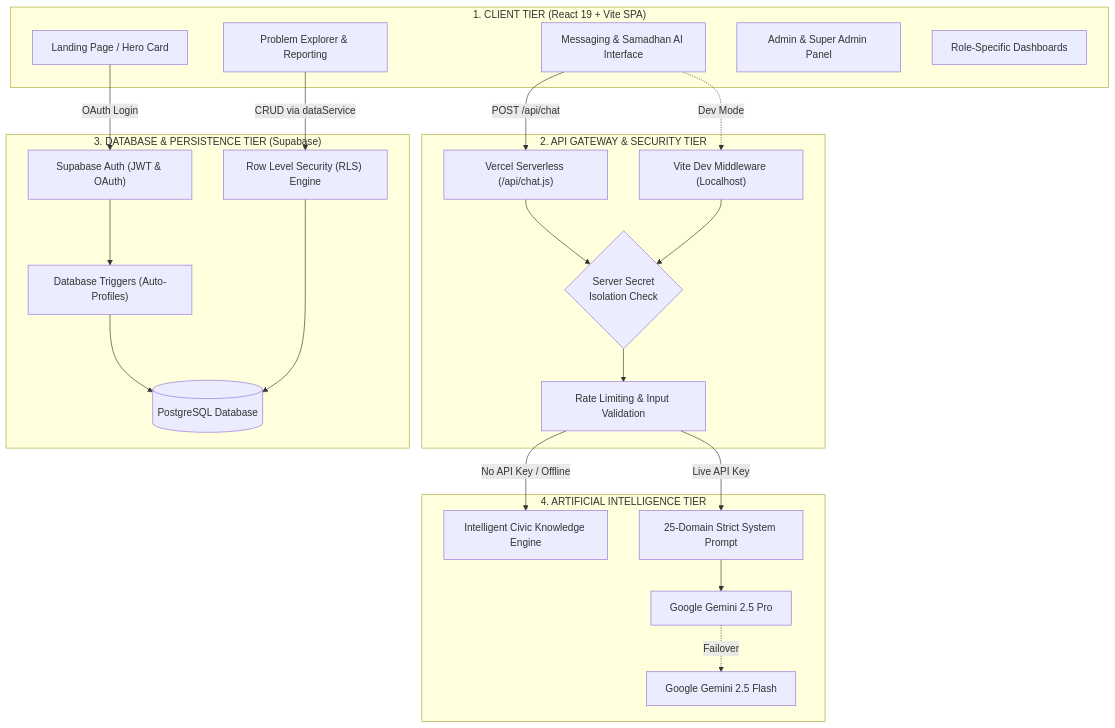
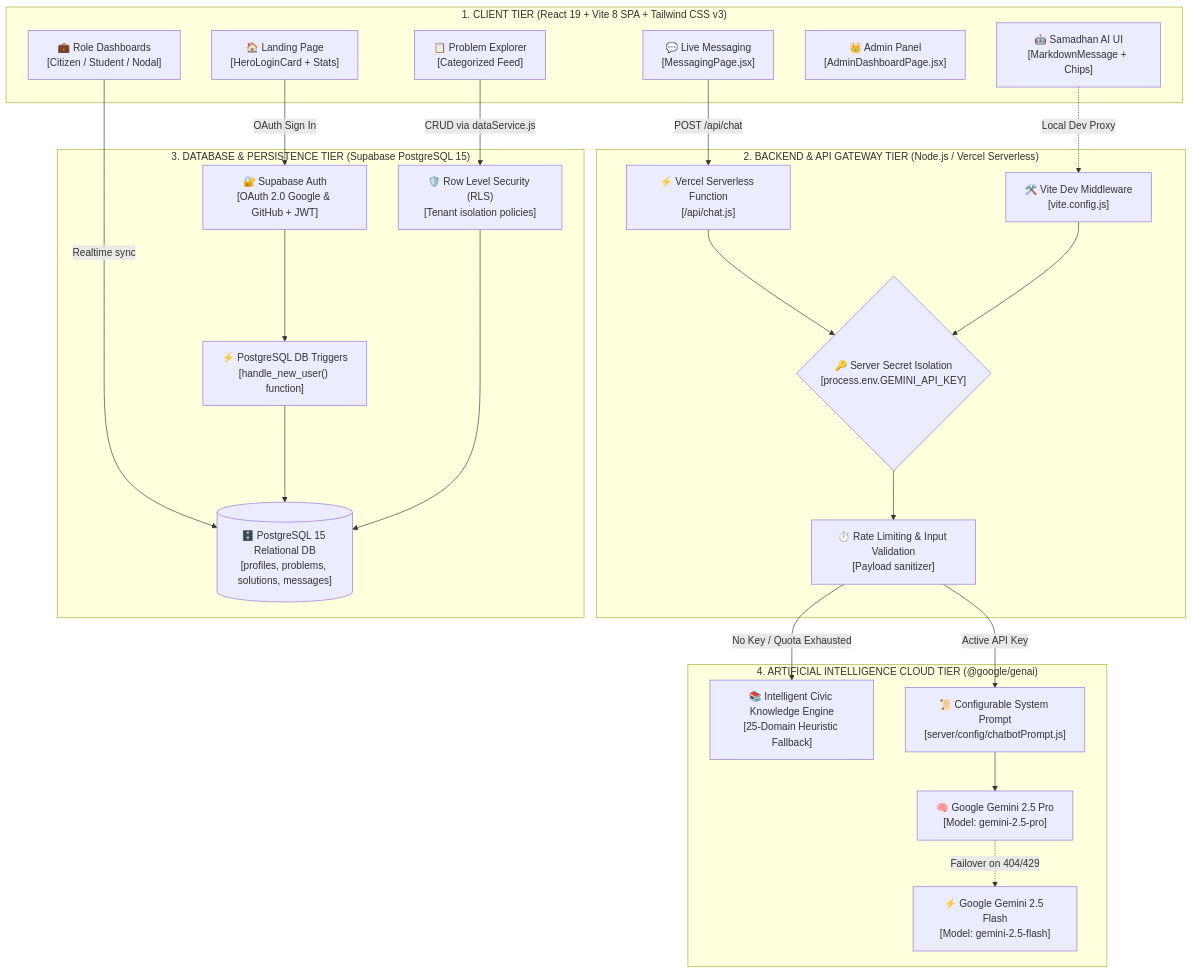
One commit to InfiniteLeveling/smadhanconnect changed the fourth of 7 diagrams in WORKFLOW_AND_FLOWCHARTS.md. Above: the diagram before and after it, drawn with Mermaid. The commit also changed other lines of this file and 3 other files, not shown here.

Commit message:
docs: add explicit tech stack annotations to all flowcharts in README, WORKFLOW_AND_FLOWCHARTS, and PDF

````diff
--- a/WORKFLOW_AND_FLOWCHARTS.md
+++ b/WORKFLOW_AND_FLOWCHARTS.md
@@ -155,50 +153,52 @@
 ```mermaid
 flowchart TD
-    subgraph ClientTier["1. CLIENT TIER (React 19 + Vite SPA)"]
-        UI_Home["Landing Page / Hero Card"]
-        UI_Problems["Problem Explorer & Reporting"]
-        UI_Chat["Messaging & Samadhan AI Interface"]
-        UI_Admin["Admin & Super Admin Panel"]
-        UI_Workspaces["Role-Specific Dashboards"]
+    subgraph ClientTier["1. CLIENT TIER (React 19 + Vite 8 SPA + Tailwind CSS v3)"]
+        UI_Home["🏠 Landing Page<br/>[HeroLoginCard + Stats]"]
+        UI_Problems["📋 Problem Explorer<br/>[Categorized Feed]"]
+        UI_Chat["💬 Live Messaging<br/>[MessagingPage.jsx]"]
+        UI_AI["🤖 Samadhan AI UI<br/>[MarkdownMessage + Chips]"]
+        UI_Admin["👑 Admin Panel<br/>[AdminDashboardPage.jsx]"]
+        UI_Workspaces["💼 Role Dashboards<br/>[Citizen / Student / Nodal]"]
     end
 
-    subgraph APITier["2. API GATEWAY & SECURITY TIER"]
-        VercelAPI["Vercel Serverless (/api/chat.js)"]
-        ViteDev["Vite Dev Middleware (Localhost)"]
-        SecCheck{"Server Secret<br/>Isolation Check"}
-        RateLimiter["Rate Limiting & Input Validation"]
+    subgraph APITier["2. BACKEND & API GATEWAY TIER (Node.js / Vercel Serverless)"]
+        VercelAPI["⚡ Vercel Serverless Function<br/>[/api/chat.js]"]
+        ViteDev["🛠️ Vite Dev Middleware<br/>[vite.config.js]"]
+        SecCheck{"🔑 Server Secret Isolation<br/>[process.env.GEMINI_API_KEY]"}
+        RateLimiter["⏱️ Rate Limiting & Input Validation<br/>[Payload sanitizer]"]
     end
 
-    subgraph DataTier["3. DATABASE & PERSISTENCE TIER (Supabase)"]
-        AuthService["Supabase Auth (JWT & OAuth)"]
-        PG_DB[("PostgreSQL Database")]
-        RLS["Row Level Security (RLS) Engine"]
-        Triggers["Database Triggers (Auto-Profiles)"]
+    subgraph DataTier["3. DATABASE & PERSISTENCE TIER (Supabase PostgreSQL 15)"]
+        AuthService["🔐 Supabase Auth<br/>[OAuth 2.0 Google & GitHub + JWT]"]
+        PG_DB[("🗄️ PostgreSQL 15 Relational DB<br/>[profiles, problems, solutions, messages]")]
+        RLS["🛡️ Row Level Security (RLS)<br/>[Tenant isolation policies]"]
+        Triggers["⚡ PostgreSQL DB Triggers<br/>[handle_new_user() function]"]
     end
 
-    subgraph AITier["4. ARTIFICIAL INTELLIGENCE TIER"]
-        GeminiPro["Google Gemini 2.5 Pro"]
-        GeminiFlash["Google Gemini 2.5 Flash"]
-        LocalEngine["Intelligent Civic Knowledge Engine"]
-        PromptConfig["25-Domain Strict System Prompt"]
+    subgraph AITier["4. ARTIFICIAL INTELLIGENCE CLOUD TIER (@google/genai)"]
+        GeminiPro["🧠 Google Gemini 2.5 Pro<br/>[Model: gemini-2.5-pro]"]
+        GeminiFlash["⚡ Google Gemini 2.5 Flash<br/>[Model: gemini-2.5-flash]"]
+        LocalEngine["📚 Intelligent Civic Knowledge Engine<br/>[25-Domain Heuristic Fallback]"]
+        PromptConfig["📜 Configurable System Prompt<br/>[server/config/chatbotPrompt.js]"]
     end
 
     %% Connections
-    UI_Home -->|OAuth Login| AuthService
-    UI_Problems -->|CRUD via dataService| RLS
+    UI_Home -->|OAuth Sign In| AuthService
+    UI_Problems -->|CRUD via dataService.js| RLS
+    UI_Workspaces -->|Realtime sync| PG_DB
     UI_Chat -->|POST /api/chat| VercelAPI
-    UI_Chat -.->|Dev Mode| ViteDev
+    UI_AI -.->|Local Dev Proxy| ViteDev
 
     VercelAPI --> SecCheck
     ViteDev --> SecCheck
     SecCheck --> RateLimiter
 
-    RateLimiter -->|Live API Key| PromptConfig
+    RateLimiter -->|Active API Key| PromptConfig
     PromptConfig --> GeminiPro
-    GeminiPro -.->|Failover| GeminiFlash
-    RateLimiter -->|No API Key / Offline| LocalEngine
+    GeminiPro -.->|Failover on 404/429| GeminiFlash
+    RateLimiter -->|No Key / Quota Exhausted| LocalEngine
 
     AuthService --> Triggers
     Triggers --> PG_DB
     RLS --> PG_DB
 ```
````
